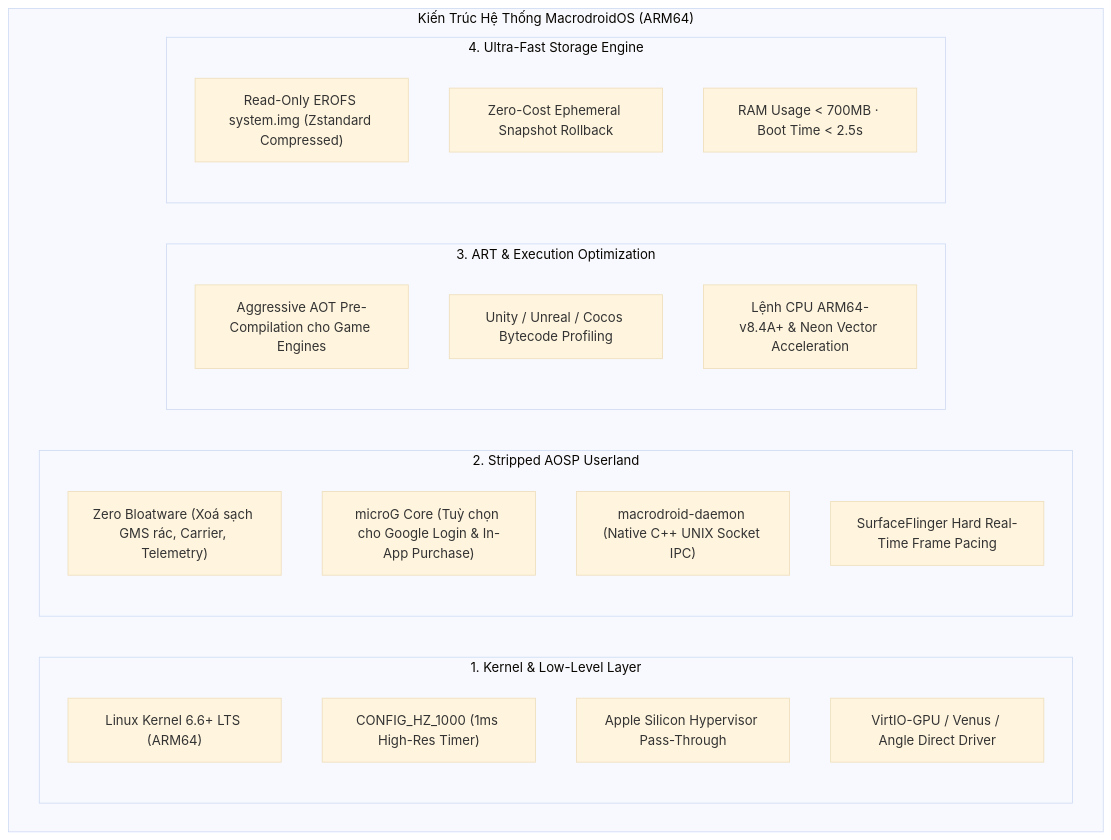
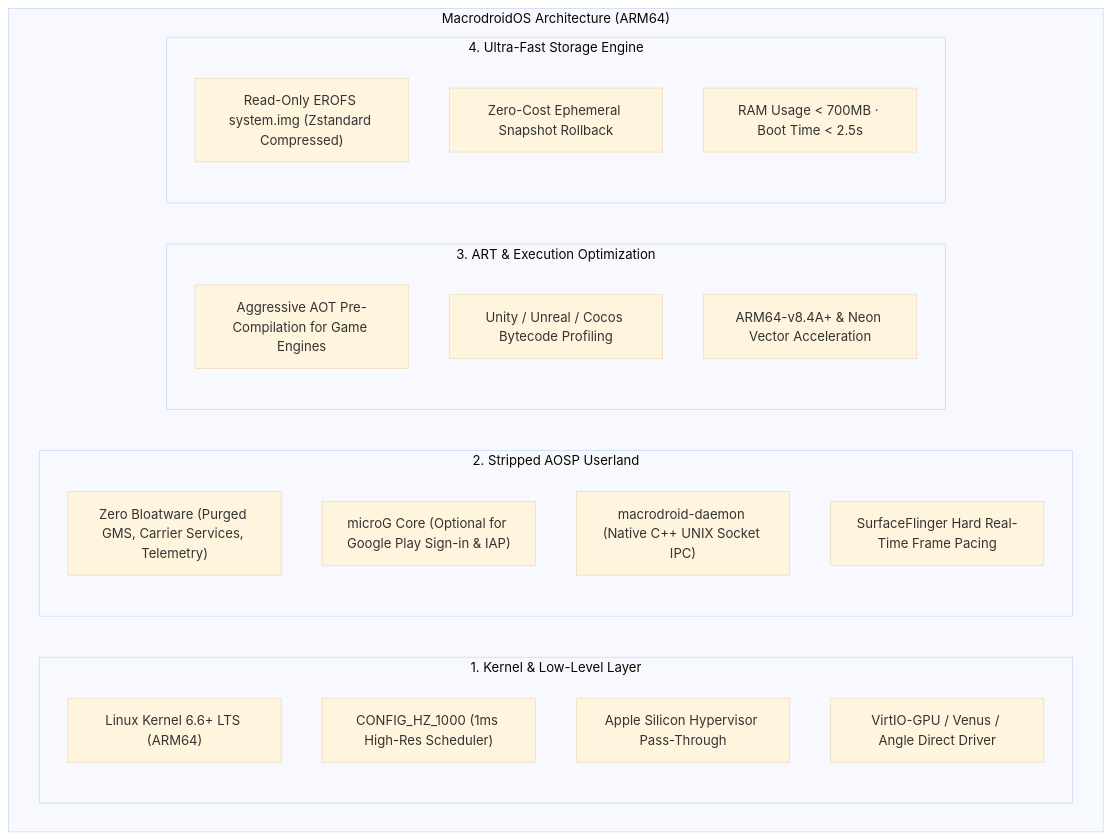
One commit to LamPPKK/Macrodroid changed the second of 2 diagrams in README.md. Above: the diagram before and after it, drawn with Mermaid (base theme). The commit also changed other lines of this file, not shown here.

````diff
--- a/README.md
+++ b/README.md
@@ -266,30 +266,30 @@
 ```mermaid
 graph TD
-    subgraph MacrodroidOS_Arch ["Kiến Trúc Hệ Thống MacrodroidOS (ARM64)"]
+    subgraph MacrodroidOS_Arch ["MacrodroidOS Architecture (ARM64)"]
         subgraph Kernel_Layer ["1. Kernel & Low-Level Layer"]
             K1["Linux Kernel 6.6+ LTS (ARM64)"]
-            K2["CONFIG_HZ_1000 (1ms High-Res Timer)"]
+            K2["CONFIG_HZ_1000 (1ms High-Res Scheduler)"]
             K3["Apple Silicon Hypervisor Pass-Through"]
             K4["VirtIO-GPU / Venus / Angle Direct Driver"]
         end
 
         subgraph Core_OS ["2. Stripped AOSP Userland"]
-            O1["Zero Bloatware (Xoá sạch GMS rác, Carrier, Telemetry)"]
-            O2["microG Core (Tuỳ chọn cho Google Login & In-App Purchase)"]
+            O1["Zero Bloatware (Purged GMS, Carrier Services, Telemetry)"]
+            O2["microG Core (Optional for Google Play Sign-in & IAP)"]
             O3["macrodroid-daemon (Native C++ UNIX Socket IPC)"]
             O4["SurfaceFlinger Hard Real-Time Frame Pacing"]
         end
 
         subgraph Runtime_Opt ["3. ART & Execution Optimization"]
-            R1["Aggressive AOT Pre-Compilation cho Game Engines"]
+            R1["Aggressive AOT Pre-Compilation for Game Engines"]
             R2["Unity / Unreal / Cocos Bytecode Profiling"]
-            R3["Lệnh CPU ARM64-v8.4A+ & Neon Vector Acceleration"]
+            R3["ARM64-v8.4A+ & Neon Vector Acceleration"]
         end
 
         subgraph Storage_Layer ["4. Ultra-Fast Storage Engine"]
             S1["Read-Only EROFS system.img (Zstandard Compressed)"]
             S2["Zero-Cost Ephemeral Snapshot Rollback"]
             S3["RAM Usage < 700MB · Boot Time < 2.5s"]
         end
     end
 ```
````
